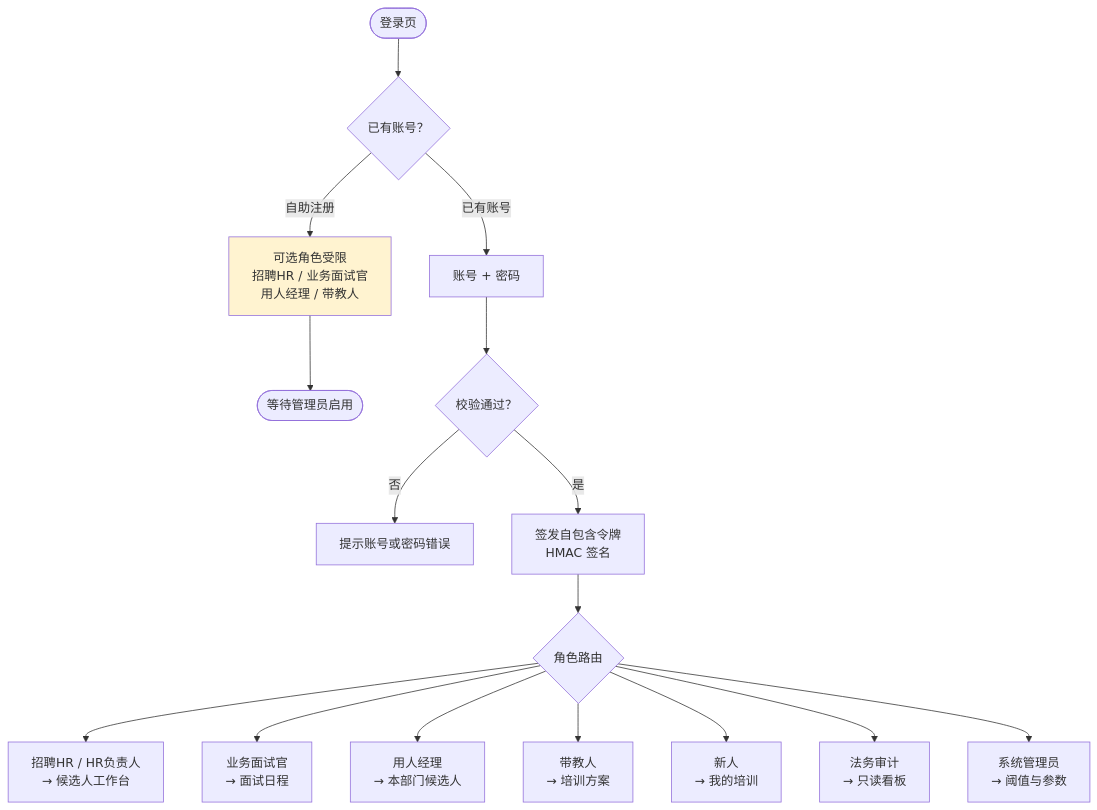
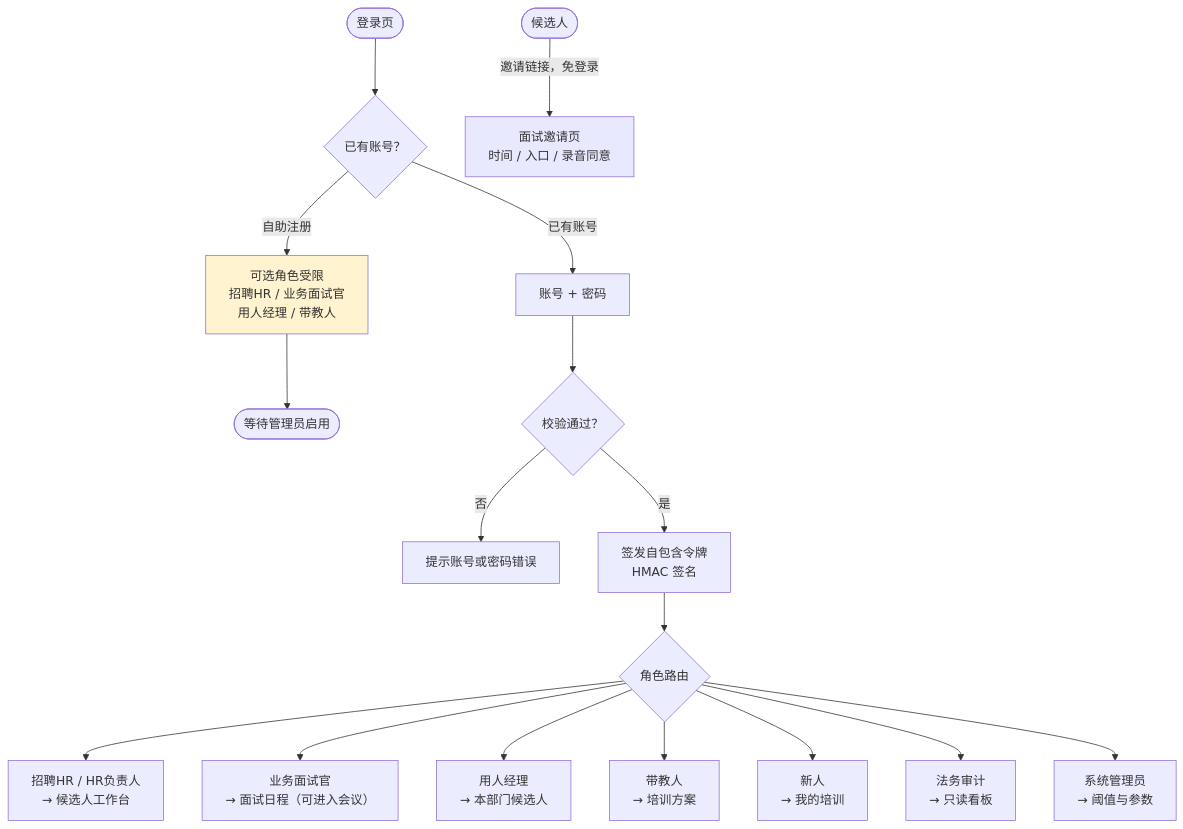
Diagram 15 of 22 in docs/流程图.md (peanut987178110/ai-recruit-platform), drawn with Mermaid before and after one commit. The commit also changed other lines of this file and 37 other files, not shown here.

````diff
--- a/docs/流程图.md
+++ b/docs/流程图.md
@@ -509,22 +509,25 @@
 ```mermaid
 flowchart TD
     LOGIN(["登录页"]) --> TYPE{"已有账号？"}
     TYPE -- "自助注册" --> SIGNUP["可选角色受限<br/>招聘HR / 业务面试官<br/>用人经理 / 带教人"]
     TYPE -- "已有账号" --> CRED["账号 + 密码"]
 
     SIGNUP --> WAIT(["等待管理员启用"])
     CRED --> VERIFY{"校验通过？"}
     VERIFY -- 否 --> FAIL["提示账号或密码错误"]
     VERIFY -- 是 --> TOKEN["签发自包含令牌<br/>HMAC 签名"]
 
     TOKEN --> ROUTE{"角色路由"}
     ROUTE --> R1["招聘HR / HR负责人<br/>→ 候选人工作台"]
-    ROUTE --> R2["业务面试官<br/>→ 面试日程"]
+    ROUTE --> R2["业务面试官<br/>→ 面试日程（可进入会议）"]
     ROUTE --> R3["用人经理<br/>→ 本部门候选人"]
     ROUTE --> R4["带教人<br/>→ 培训方案"]
     ROUTE --> R5["新人<br/>→ 我的培训"]
     ROUTE --> R6["法务审计<br/>→ 只读看板"]
     ROUTE --> R7["系统管理员<br/>→ 阈值与参数"]
 
+    INV(["候选人"]) -- "邀请链接，免登录" --> R8["面试邀请页<br/>时间 / 入口 / 录音同意"]
+    style R8 fill:#e8e8ff
+
     style SIGNUP fill:#fff3d0
 ```
````
